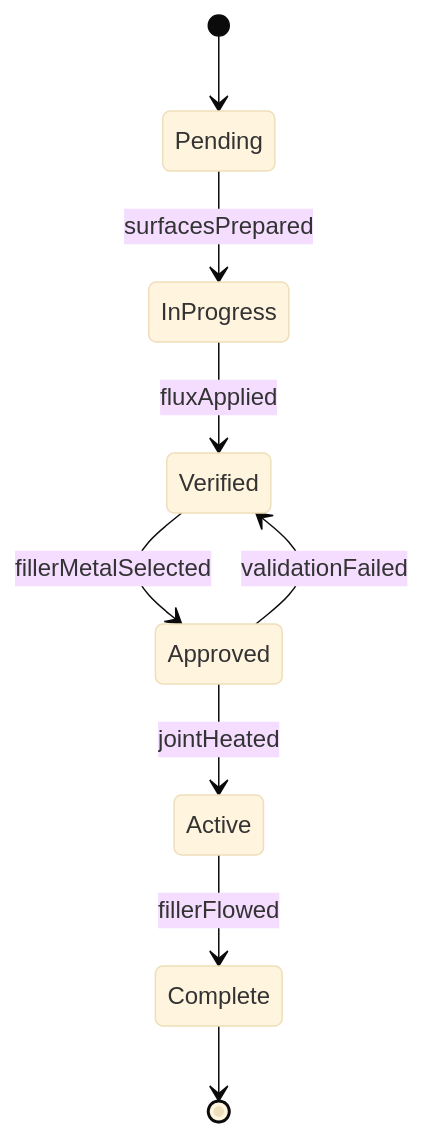
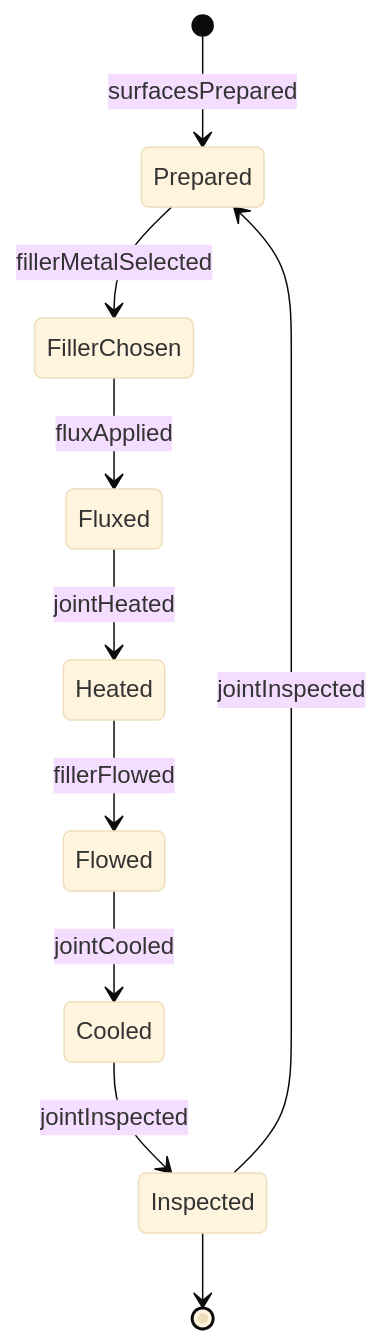
The second of 4 diagrams in HandlingAndMovingObjects/JoinPartsUsingSolderingWeldingOrBrazingTechniques/BrazeMetalPartsComponents.mdx (dot-org-ai/tasks.org.ai), drawn with Mermaid (base theme) before and after one commit. The commit also changed other lines of this file and 515 other files, not shown here.

````diff
--- a/HandlingAndMovingObjects/JoinPartsUsingSolderingWeldingOrBrazingTechniques/BrazeMetalPartsComponents.mdx
+++ b/HandlingAndMovingObjects/JoinPartsUsingSolderingWeldingOrBrazingTechniques/BrazeMetalPartsComponents.mdx
@@ -98,11 +98,12 @@
 ```mermaid
 stateDiagram-v2
-    [*] --> Pending
-    Pending --> InProgress : surfacesPrepared
-    InProgress --> Verified : fluxApplied
-    Verified --> Approved : fillerMetalSelected
-    Approved --> Active : jointHeated
-    Active --> Complete : fillerFlowed
-    Approved --> Verified : validationFailed
-    Complete --> [*]
+    [*] --> Prepared : surfacesPrepared
+    Prepared --> FillerChosen : fillerMetalSelected
+    FillerChosen --> Fluxed : fluxApplied
+    Fluxed --> Heated : jointHeated
+    Heated --> Flowed : fillerFlowed
+    Flowed --> Cooled : jointCooled
+    Cooled --> Inspected : jointInspected
+    Inspected --> Prepared : jointInspected
+    Inspected --> [*]
 ```
````
